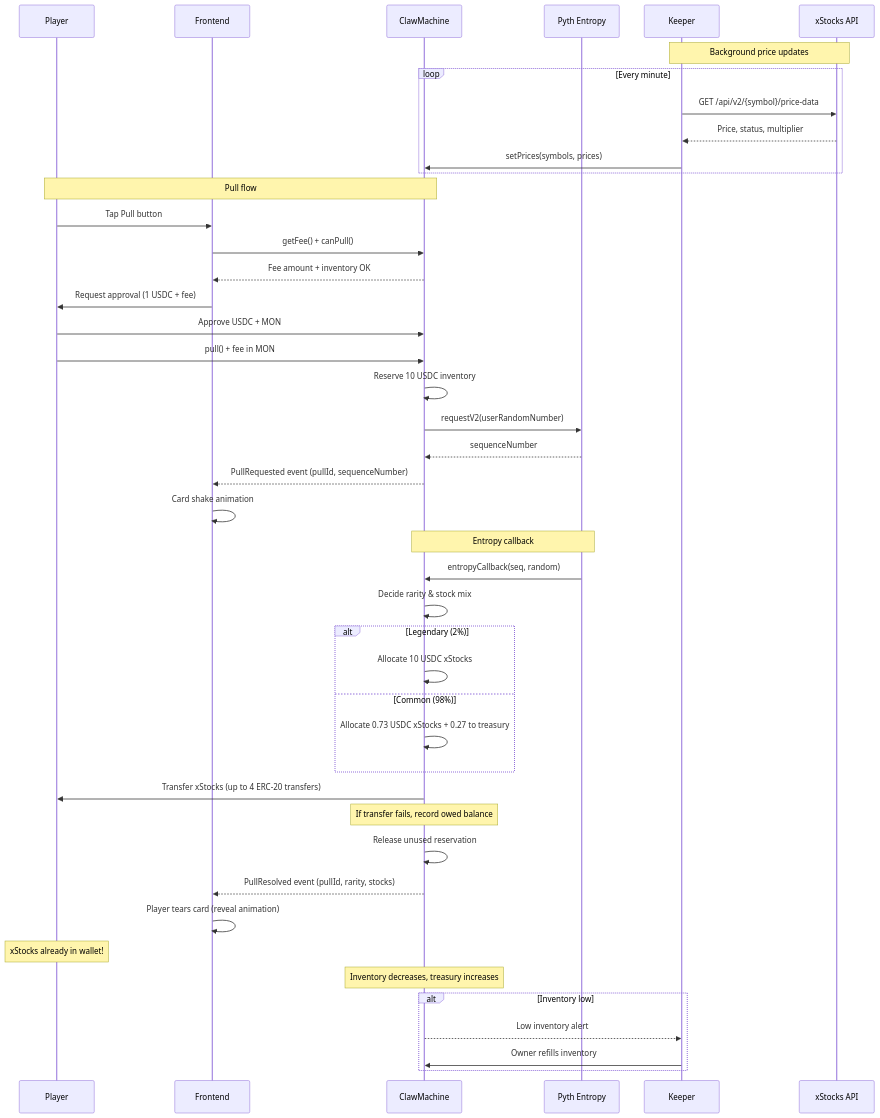
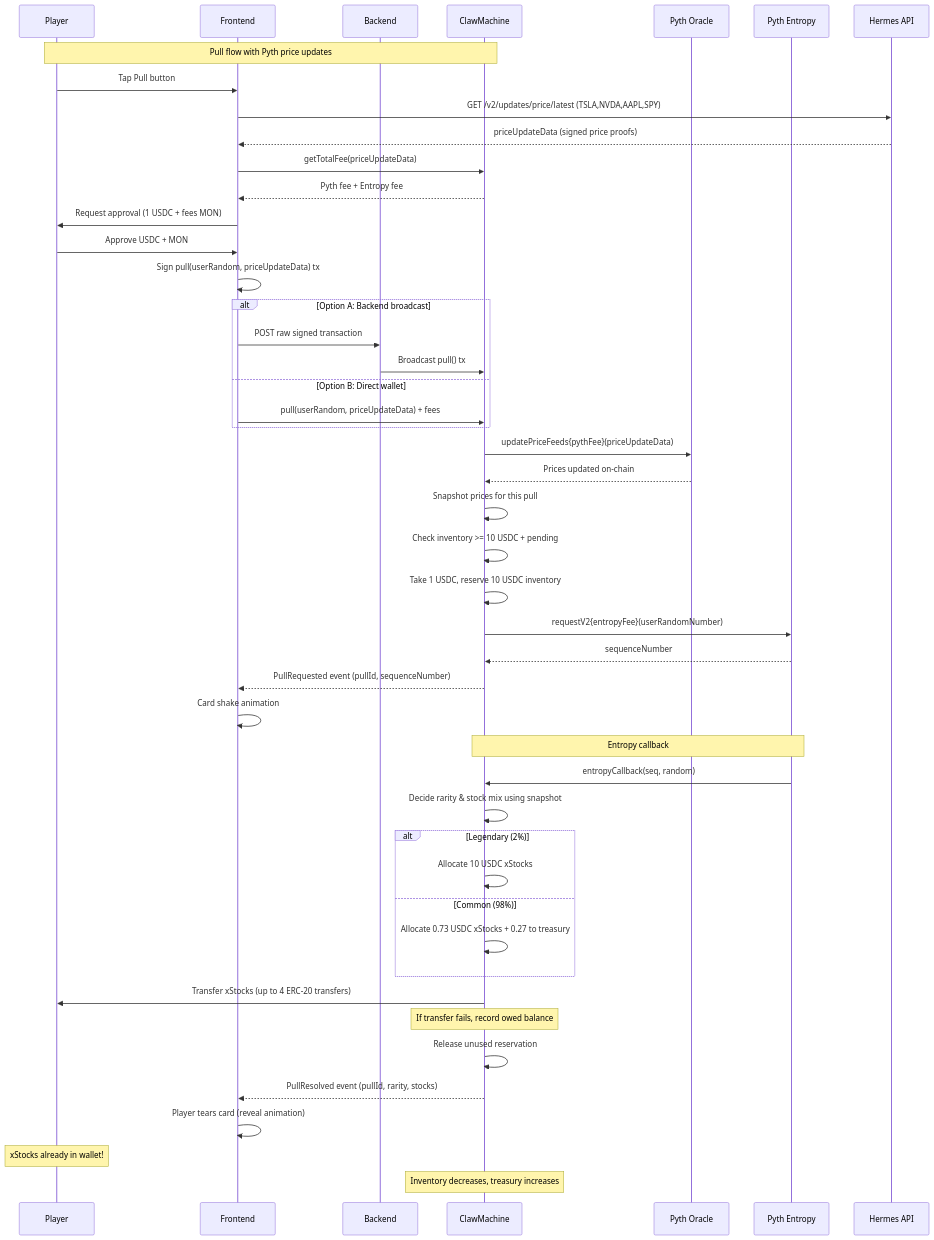
The second of 2 diagrams in plan.md (AyushBherwani1998/gachamon), drawn with Mermaid before and after one commit. The commit also changed other lines of this file, not shown here.

First line of the commit message:
Add smart contract implementation with Pyth price feeds

````diff
--- a/plan.md
+++ b/plan.md
@@ -101,51 +124,64 @@
 ```mermaid
 sequenceDiagram
     participant Player
     participant Frontend
+    participant Backend
     participant ClawMachine
+    participant Pyth Oracle
     participant Pyth Entropy
-    participant Keeper
-    participant xStocks API
+    participant Hermes API
 
-    Note over Keeper,xStocks API: Background price updates
-    loop Every minute
-        Keeper->>xStocks API: GET /api/v2/{symbol}/price-data
-        xStocks API-->>Keeper: Price, status, multiplier
-        Keeper->>ClawMachine: setPrices(symbols, prices)
+    Note over Player,ClawMachine: Pull flow with Pyth price updates
+    Player->>Frontend: Tap Pull button
+    
+    Frontend->>Hermes API: GET /v2/updates/price/latest (TSLA,NVDA,AAPL,SPY)
+    Hermes API-->>Frontend: priceUpdateData (signed price proofs)
+    
+    Frontend->>ClawMachine: getTotalFee(priceUpdateData)
+    ClawMachine-->>Frontend: Pyth fee + Entropy fee
+    
+    Frontend->>Player: Request approval (1 USDC + fees MON)
+    Player->>Frontend: Approve USDC + MON
+    
+    Frontend->>Frontend: Sign pull(userRandom, priceUpdateData) tx
+    
+    alt Option A: Backend broadcast
+        Frontend->>Backend: POST raw signed transaction
+        Backend->>ClawMachine: Broadcast pull() tx
+    else Option B: Direct wallet
+        Frontend->>ClawMachine: pull(userRandom, priceUpdateData) + fees
     end
-
-    Note over Player,ClawMachine: Pull flow
-    Player->>Frontend: Tap Pull button
-    Frontend->>ClawMachine: getFee() + canPull()
-    ClawMachine-->>Frontend: Fee amount + inventory OK
-    Frontend->>Player: Request approval (1 USDC + fee)
-    Player->>ClawMachine: Approve USDC + MON
-    Player->>ClawMachine: pull() + fee in MON
-    ClawMachine->>ClawMachine: Reserve 10 USDC inventory
-    ClawMachine->>Pyth Entropy: requestV2(userRandomNumber)
+    
+    ClawMachine->>Pyth Oracle: updatePriceFeeds{pythFee}(priceUpdateData)
+    Pyth Oracle-->>ClawMachine: Prices updated on-chain
+    
+    ClawMachine->>ClawMachine: Snapshot prices for this pull
+    ClawMachine->>ClawMachine: Check inventory >= 10 USDC + pending
+    ClawMachine->>ClawMachine: Take 1 USDC, reserve 10 USDC inventory
+    
+    ClawMachine->>Pyth Entropy: requestV2{entropyFee}(userRandomNumber)
     Pyth Entropy-->>ClawMachine: sequenceNumber
     ClawMachine-->>Frontend: PullRequested event (pullId, sequenceNumber)
+    
     Frontend->>Frontend: Card shake animation
 
     Note over Pyth Entropy,ClawMachine: Entropy callback
     Pyth Entropy->>ClawMachine: entropyCallback(seq, random)
-    ClawMachine->>ClawMachine: Decide rarity & stock mix
+    ClawMachine->>ClawMachine: Decide rarity & stock mix using snapshot
+    
     alt Legendary (2%)
         ClawMachine->>ClawMachine: Allocate 10 USDC xStocks
     else Common (98%)
         ClawMachine->>ClawMachine: Allocate 0.73 USDC xStocks + 0.27 to treasury
     end
+    
     ClawMachine->>Player: Transfer xStocks (up to 4 ERC-20 transfers)
     Note over ClawMachine: If transfer fails, record owed balance
     ClawMachine->>ClawMachine: Release unused reservation
     ClawMachine-->>Frontend: PullResolved event (pullId, rarity, stocks)
 
     Frontend->>Frontend: Player tears card (reveal animation)
     Note over Player: xStocks already in wallet!
 
     Note over ClawMachine: Inventory decreases, treasury increases
-    alt Inventory low
-        ClawMachine-->>Keeper: Low inventory alert
-        Keeper->>ClawMachine: Owner refills inventory
-    end
 ```
````
